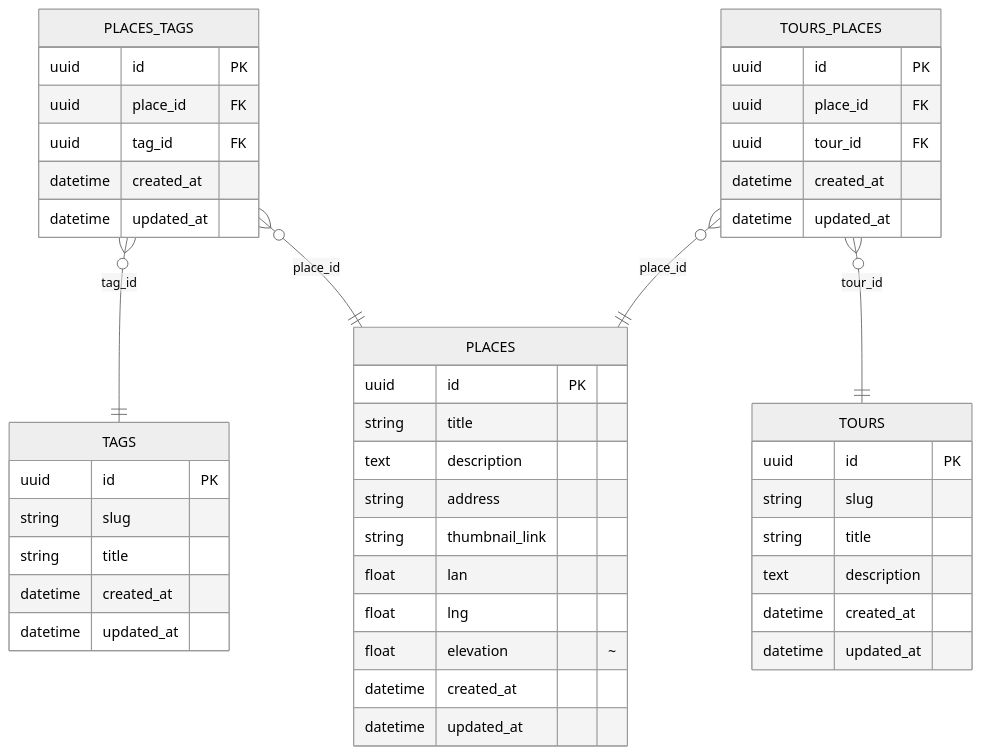
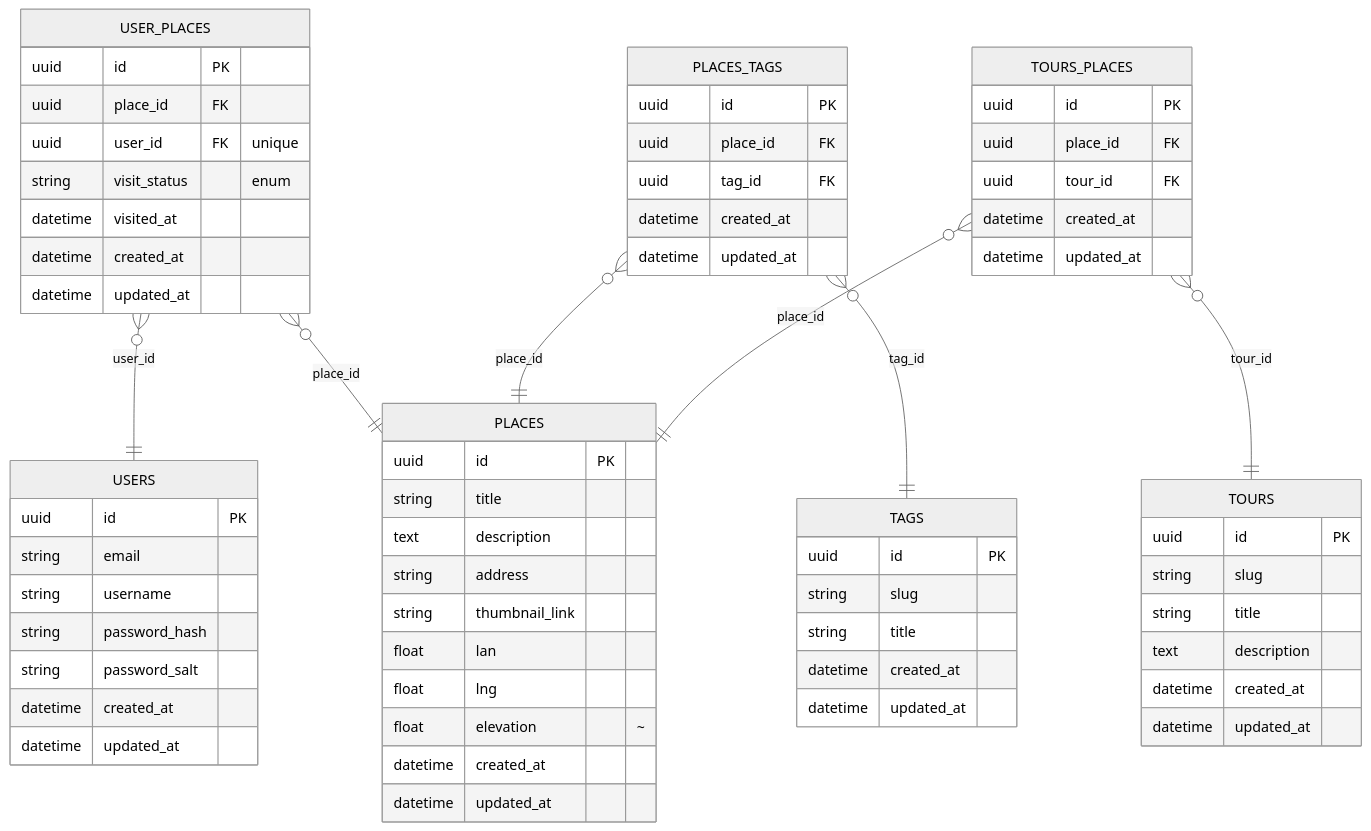
Before and after one commit to luiqor/krokwalk: the diagram in readme.md, drawn with Mermaid (neutral theme). The commit also changed 1 other file, not shown here.

Commit message:
add user-places table

````diff
--- a/readme.md
+++ b/readme.md
@@ -5,52 +5,76 @@
 ```mermaid
 erDiagram
+    USERS {
+        uuid id PK
+        string email
+        string username
+        string password_hash
+        string password_salt
+        datetime created_at
+        datetime updated_at
+    }
+
     PLACES {
         uuid id PK
         string title
         text description
         string address
         string thumbnail_link
         float lan
         float lng
         float elevation "~"
-        datetime created_at
-        datetime updated_at
-    }
-
-    PLACES_TAGS }o--|| PLACES : "place_id"
-    PLACES_TAGS }o--|| TAGS : "tag_id"
-    PLACES_TAGS {
-        uuid id PK
-        uuid place_id FK
-        uuid tag_id FK
         datetime created_at
         datetime updated_at
     }
 
     TAGS {
         uuid id PK
         string slug
         string title
         datetime created_at
         datetime updated_at
     }
 
     TOURS {
         uuid id PK
         string slug
         string title
         text description
         datetime created_at
         datetime updated_at
     }
 
-    TOURS_PLACES }o--|| TOURS : "tour_id"
-    TOURS_PLACES }o--|| PLACES : "place_id"
+    USER_PLACES {
+        uuid id PK
+        uuid place_id FK
+        uuid user_id FK "unique"
+        %% boolean is_visited
+        %% datetime visit_confirmed_at "~"
+        string visit_status "enum"
+        datetime visited_at
+        datetime created_at
+        datetime updated_at
+    }
+    USER_PLACES }o--|| USERS : "user_id"
+    USER_PLACES }o--|| PLACES : "place_id"
+
+    PLACES_TAGS {
+        uuid id PK
+        uuid place_id FK
+        uuid tag_id FK
+        datetime created_at
+        datetime updated_at
+    }
+    PLACES_TAGS }o--|| PLACES : "place_id"
+    PLACES_TAGS }o--|| TAGS : "tag_id"
+
     TOURS_PLACES {
         uuid id PK
         uuid place_id FK
         uuid tour_id FK
         datetime created_at
         datetime updated_at
     }
+    TOURS_PLACES }o--|| TOURS : "tour_id"
+    TOURS_PLACES }o--|| PLACES : "place_id"
 ```
````
